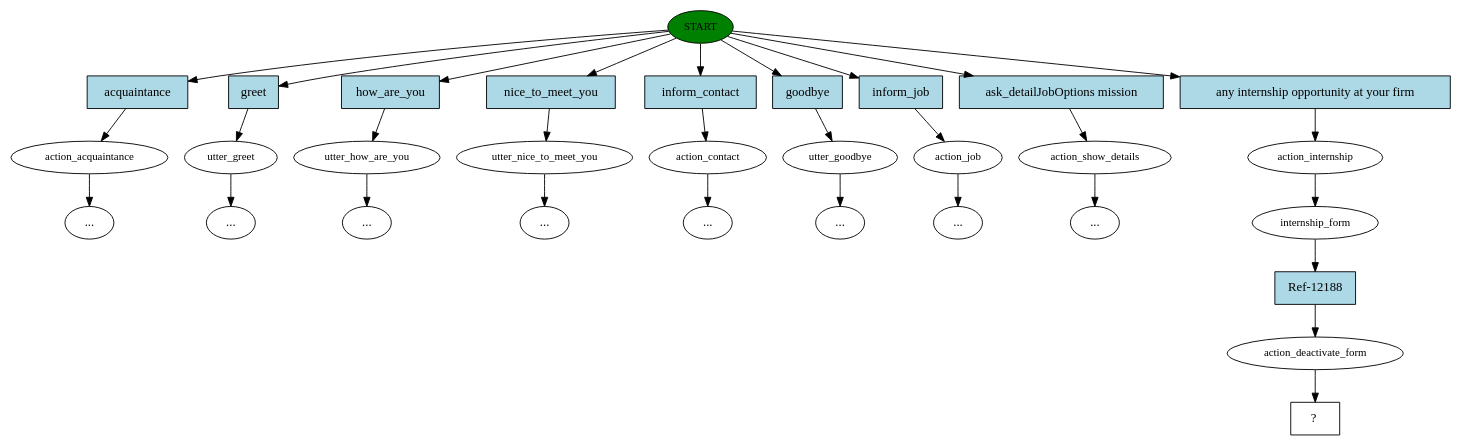
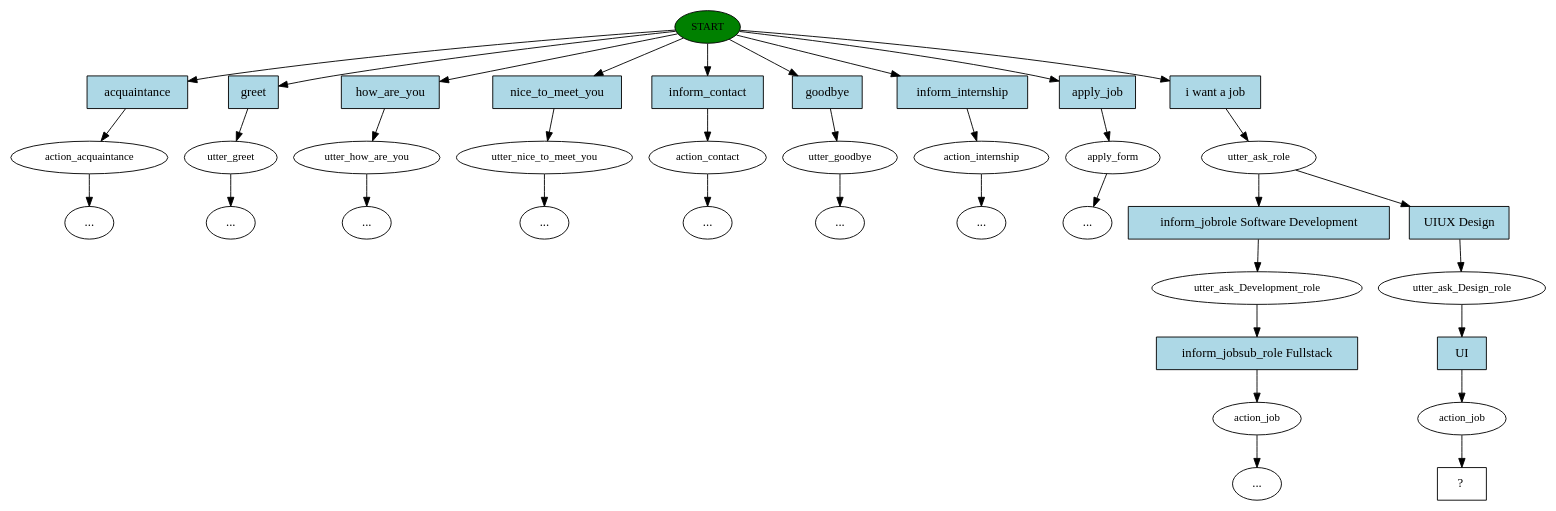
The diagram in story_graph.dot (karimBg/job_bot), drawn with Graphviz before and after one commit. The commit also changed 31 other files, not shown here.

```diff
--- a/story_graph.dot
+++ b/story_graph.dot
@@ -1,63 +1,75 @@
 digraph  {
 0 [class="start active", fillcolor=green, fontsize=12, label=START, style=filled];
 1 [class="", fontsize=12, label=action_acquaintance];
 "-3" [class=ellipsis, label="..."];
 2 [class="", fontsize=12, label=utter_greet];
 "-4" [class=ellipsis, label="..."];
 3 [class="", fontsize=12, label=utter_how_are_you];
 "-5" [class=ellipsis, label="..."];
 4 [class="", fontsize=12, label=utter_nice_to_meet_you];
 "-6" [class=ellipsis, label="..."];
 5 [class="", fontsize=12, label=action_contact];
 "-7" [class=ellipsis, label="..."];
 6 [class="", fontsize=12, label=utter_goodbye];
 "-8" [class=ellipsis, label="..."];
-7 [class="", fontsize=12, label=action_job];
+7 [class="", fontsize=12, label=action_internship];
 "-9" [class=ellipsis, label="..."];
-8 [class="", fontsize=12, label=action_show_details];
-"-10" [class=ellipsis, label="..."];
-9 [class=active, fontsize=12, label=action_internship];
-10 [class=active, fontsize=12, label=internship_form];
-11 [class=active, fontsize=12, label=action_deactivate_form];
-12 [class="intent dashed active", label="  ?  ", shape=rect];
-13 [class=intent, fillcolor=lightblue, label=acquaintance, shape=rect, style=filled];
-14 [class=intent, fillcolor=lightblue, label=greet, shape=rect, style=filled];
-15 [class=intent, fillcolor=lightblue, label=how_are_you, shape=rect, style=filled];
-16 [class=intent, fillcolor=lightblue, label=nice_to_meet_you, shape=rect, style=filled];
-17 [class=intent, fillcolor=lightblue, label=inform_contact, shape=rect, style=filled];
-18 [class=intent, fillcolor=lightblue, label=goodbye, shape=rect, style=filled];
-19 [class=intent, fillcolor=lightblue, label=inform_job, shape=rect, style=filled];
-20 [class=intent, fillcolor=lightblue, label="ask_detailJobOptions mission", shape=rect, style=filled];
-21 [class="intent active", fillcolor=lightblue, label="any internship opportunity at your firm", shape=rect, style=filled];
-22 [class="intent active", fillcolor=lightblue, label="Ref-12188", shape=rect, style=filled];
-0 -> 13  [class="", key=0];
-0 -> 14  [class="", key=0];
-0 -> 15  [class="", key=0];
-0 -> 16  [class="", key=0];
+8 [class="", fontsize=12, label=apply_form];
+"-11" [class=ellipsis, label="..."];
+10 [class=active, fontsize=12, label=utter_ask_role];
+11 [class="", fontsize=12, label=utter_ask_Development_role];
+12 [class="", fontsize=12, label=action_job];
+"-12" [class=ellipsis, label="..."];
+14 [class=active, fontsize=12, label=utter_ask_Design_role];
+15 [class=active, fontsize=12, label=action_job];
+16 [class="intent dashed active", label="  ?  ", shape=rect];
+17 [class=intent, fillcolor=lightblue, label=acquaintance, shape=rect, style=filled];
+18 [class=intent, fillcolor=lightblue, label=greet, shape=rect, style=filled];
+19 [class=intent, fillcolor=lightblue, label=how_are_you, shape=rect, style=filled];
+20 [class=intent, fillcolor=lightblue, label=nice_to_meet_you, shape=rect, style=filled];
+21 [class=intent, fillcolor=lightblue, label=inform_contact, shape=rect, style=filled];
+22 [class=intent, fillcolor=lightblue, label=goodbye, shape=rect, style=filled];
+23 [class=intent, fillcolor=lightblue, label=inform_internship, shape=rect, style=filled];
+24 [class=intent, fillcolor=lightblue, label=apply_job, shape=rect, style=filled];
+25 [class="intent active", fillcolor=lightblue, label="i want a job", shape=rect, style=filled];
+26 [class=intent, fillcolor=lightblue, label="inform_jobrole Software Development", shape=rect, style=filled];
+27 [class="intent active", fillcolor=lightblue, label="UIUX Design", shape=rect, style=filled];
+28 [class=intent, fillcolor=lightblue, label="inform_jobsub_role Fullstack", shape=rect, style=filled];
+29 [class="intent active", fillcolor=lightblue, label=UI, shape=rect, style=filled];
 0 -> 17  [class="", key=0];
 0 -> 18  [class="", key=0];
 0 -> 19  [class="", key=0];
 0 -> 20  [class="", key=0];
-0 -> 21  [class=active, key=0];
+0 -> 21  [class="", key=0];
+0 -> 22  [class="", key=0];
+0 -> 23  [class="", key=0];
+0 -> 24  [class="", key=0];
+0 -> 25  [class=active, key=0];
 1 -> "-3"  [class="", key=NONE, label=""];
 2 -> "-4"  [class="", key=NONE, label=""];
 3 -> "-5"  [class="", key=NONE, label=""];
 4 -> "-6"  [class="", key=NONE, label=""];
 5 -> "-7"  [class="", key=NONE, label=""];
 6 -> "-8"  [class="", key=NONE, label=""];
 7 -> "-9"  [class="", key=NONE, label=""];
-8 -> "-10"  [class="", key=NONE, label=""];
-9 -> 10  [class=active, key=NONE, label=""];
-10 -> 22  [class=active, key=0];
-11 -> 12  [class=active, key=NONE, label=""];
-13 -> 1  [class="", key=0];
-14 -> 2  [class="", key=0];
-15 -> 3  [class="", key=0];
-16 -> 4  [class="", key=0];
-17 -> 5  [class="", key=0];
-18 -> 6  [class="", key=0];
-19 -> 7  [class="", key=0];
-20 -> 8  [class="", key=0];
-21 -> 9  [class=active, key=0];
-22 -> 11  [class=active, key=0];
+8 -> "-11"  [class="", key=NONE, label=""];
+10 -> 26  [class="", key=0];
+10 -> 27  [class=active, key=0];
+11 -> 28  [class="", key=0];
+12 -> "-12"  [class="", key=NONE, label=""];
+14 -> 29  [class=active, key=0];
+15 -> 16  [class=active, key=NONE, label=""];
+17 -> 1  [class="", key=0];
+18 -> 2  [class="", key=0];
+19 -> 3  [class="", key=0];
+20 -> 4  [class="", key=0];
+21 -> 5  [class="", key=0];
+22 -> 6  [class="", key=0];
+23 -> 7  [class="", key=0];
+24 -> 8  [class="", key=0];
+25 -> 10  [class=active, key=0];
+26 -> 11  [class="", key=0];
+27 -> 14  [class=active, key=0];
+28 -> 12  [class="", key=0];
+29 -> 15  [class=active, key=0];
 }
```
